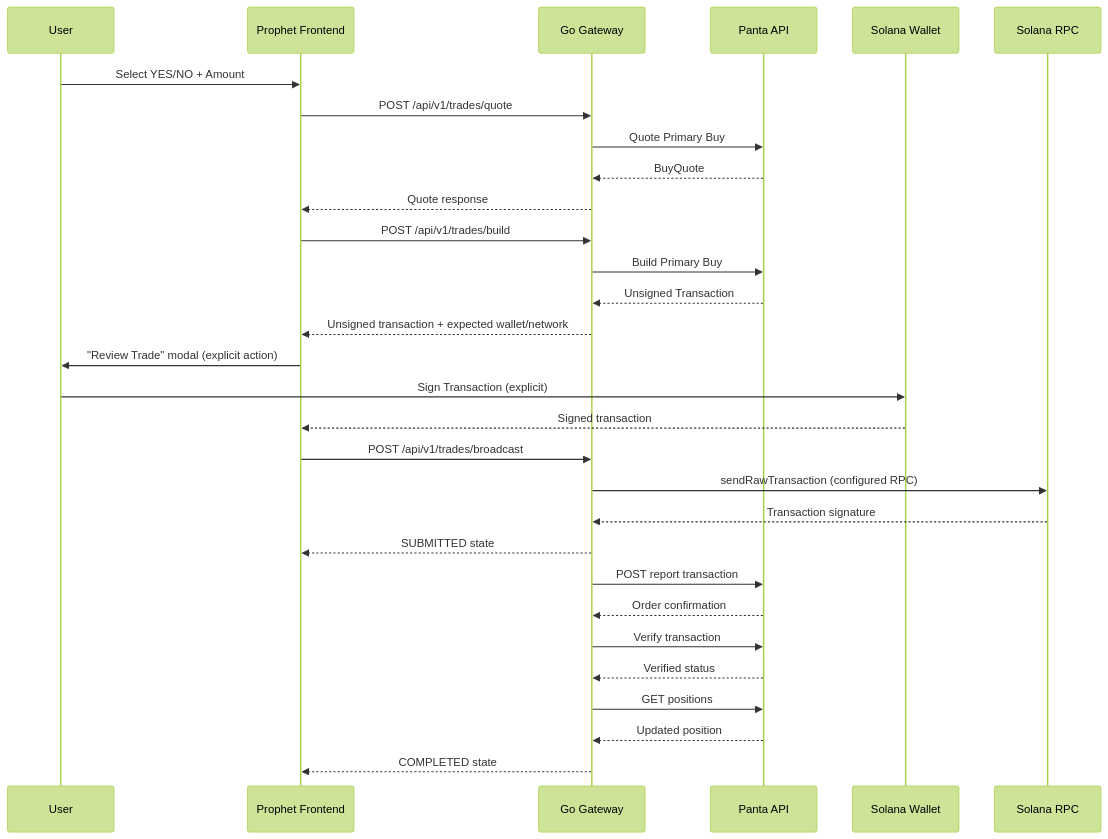
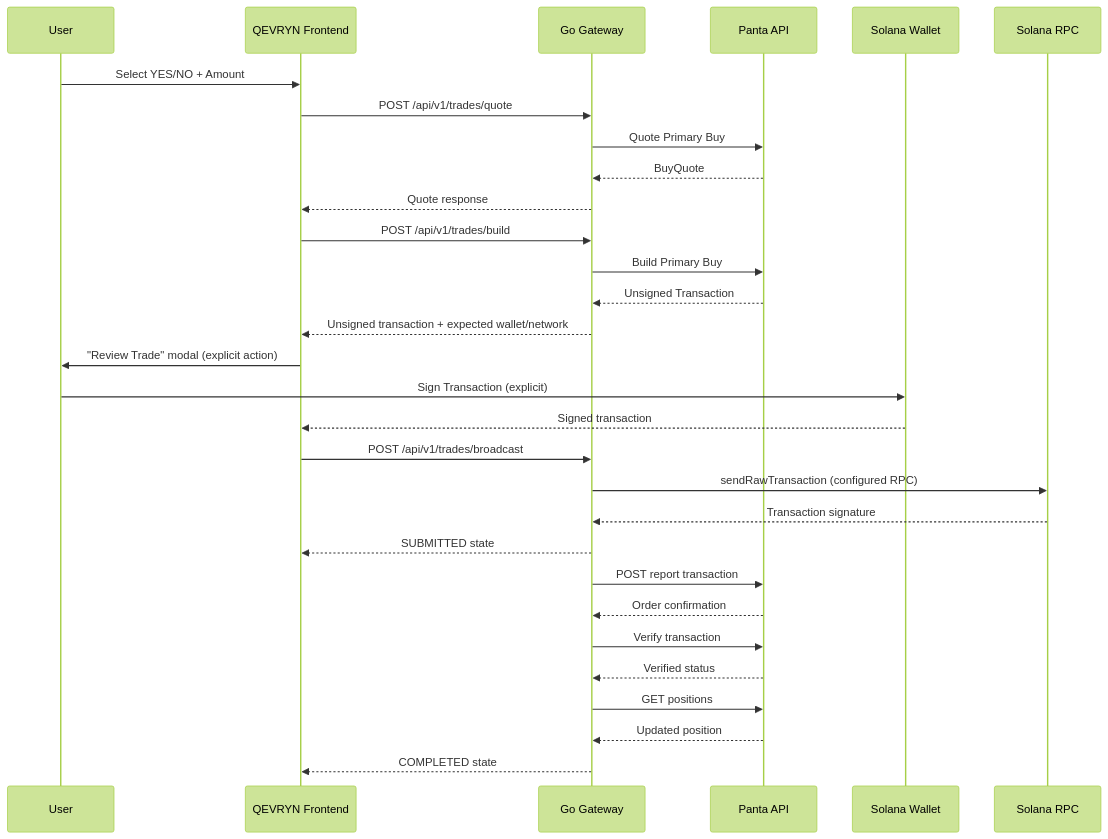
The diagram in docs/trading-flow.md (mahitss/Colosseum_Crypto), drawn with Mermaid (forest theme) before and after one commit. The commit also changed other lines of this file and 69 other files, not shown here.

````diff
--- a/docs/trading-flow.md
+++ b/docs/trading-flow.md
@@ -37,33 +37,33 @@
 ```mermaid
 sequenceDiagram
     participant U as User
-    participant F as Prophet Frontend
+    participant F as QEVRYN Frontend
     participant G as Go Gateway
     participant P as Panta API
     participant W as Solana Wallet
     participant S as Solana RPC
 
     U->>F: Select YES/NO + Amount
     F->>G: POST /api/v1/trades/quote
     G->>P: Quote Primary Buy
     P-->>G: BuyQuote
     G-->>F: Quote response
     F->>G: POST /api/v1/trades/build
     G->>P: Build Primary Buy
     P-->>G: Unsigned Transaction
     G-->>F: Unsigned transaction + expected wallet/network
     F->>U: "Review Trade" modal (explicit action)
     U->>W: Sign Transaction (explicit)
     W-->>F: Signed transaction
     F->>G: POST /api/v1/trades/broadcast
     G->>S: sendRawTransaction (configured RPC)
     S-->>G: Transaction signature
     G-->>F: SUBMITTED state
     G->>P: POST report transaction
     P-->>G: Order confirmation
     G->>P: Verify transaction
     P-->>G: Verified status
     G->>P: GET positions
     P-->>G: Updated position
     G-->>F: COMPLETED state
 ```
````
